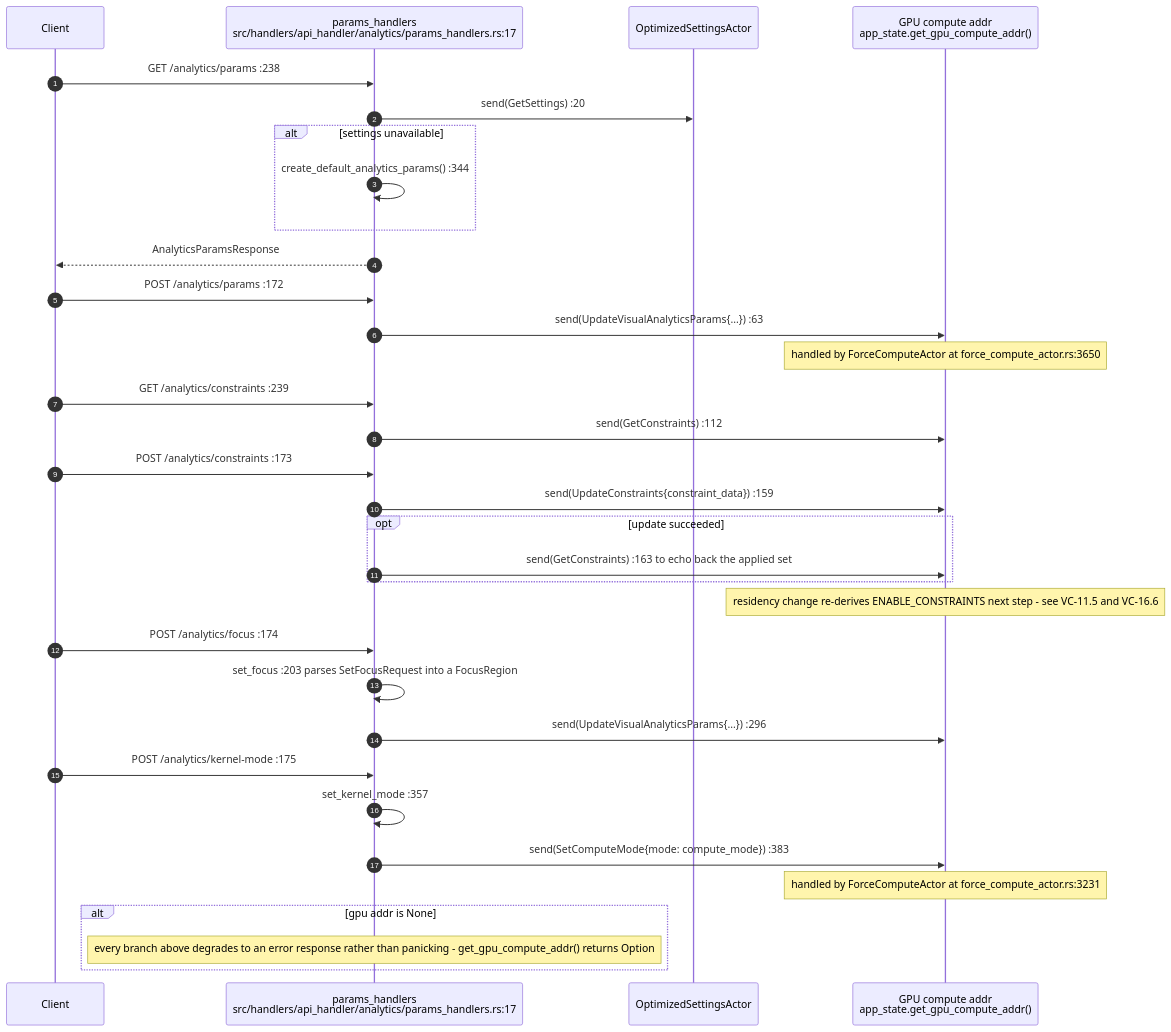
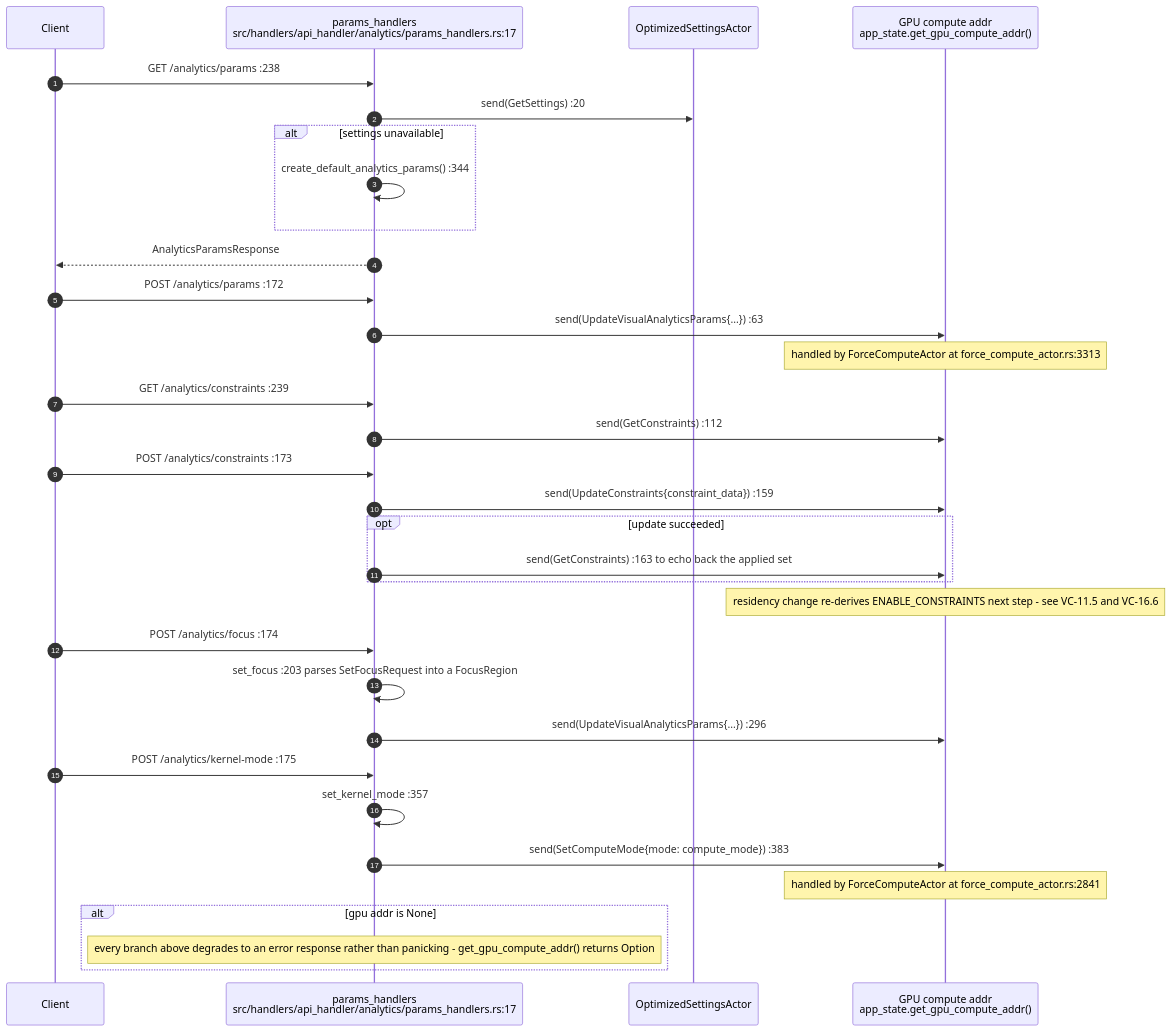
Before and after one commit to DreamLab-AI/VisionFlow: the third of 10 diagrams in docs/diagrams/visionclaw/18-analytics-support-handlers.md, drawn with Mermaid. The commit also changed other lines of this file and 160 other files, not shown here.

````diff
--- a/docs/diagrams/visionclaw/18-analytics-support-handlers.md
+++ b/docs/diagrams/visionclaw/18-analytics-support-handlers.md
@@ -112,40 +118,40 @@
 ```mermaid
 sequenceDiagram
     autonumber
     participant C as Client
     participant PH as params_handlers<br/>src/handlers/api_handler/analytics/params_handlers.rs:17
     participant SET as OptimizedSettingsActor
     participant GPU as GPU compute addr<br/>app_state.get_gpu_compute_addr()
 
     C->>PH: GET /analytics/params :238
     PH->>SET: send(GetSettings) :20
     alt settings unavailable
         PH->>PH: create_default_analytics_params() :344
     end
     PH-->>C: AnalyticsParamsResponse
 
     C->>PH: POST /analytics/params :172
     PH->>GPU: send(UpdateVisualAnalyticsParams{...}) :63
-    Note over GPU: handled by ForceComputeActor at force_compute_actor.rs:3650
+    Note over GPU: handled by ForceComputeActor at force_compute_actor.rs:3313
 
     C->>PH: GET /analytics/constraints :239
     PH->>GPU: send(GetConstraints) :112
     C->>PH: POST /analytics/constraints :173
     PH->>GPU: send(UpdateConstraints{constraint_data}) :159
     opt update succeeded
         PH->>GPU: send(GetConstraints) :163 to echo back the applied set
     end
     Note over GPU: residency change re-derives ENABLE_CONSTRAINTS next step - see VC-11.5 and VC-16.6
 
     C->>PH: POST /analytics/focus :174
     PH->>PH: set_focus :203 parses SetFocusRequest into a FocusRegion
     PH->>GPU: send(UpdateVisualAnalyticsParams{...}) :296
 
     C->>PH: POST /analytics/kernel-mode :175
     PH->>PH: set_kernel_mode :357
     PH->>GPU: send(SetComputeMode{mode: compute_mode}) :383
-    Note over GPU: handled by ForceComputeActor at force_compute_actor.rs:3231
+    Note over GPU: handled by ForceComputeActor at force_compute_actor.rs:2841
     alt gpu addr is None
         Note over PH: every branch above degrades to an error response rather than panicking - get_gpu_compute_addr() returns Option
     end
 ```
````
